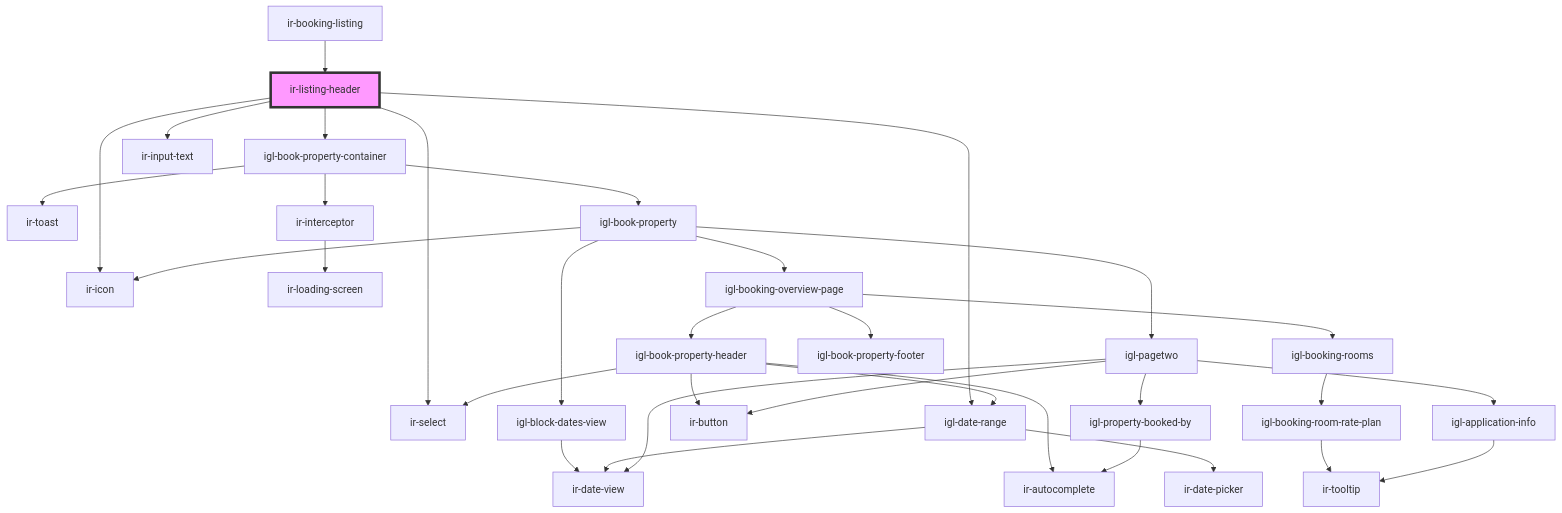
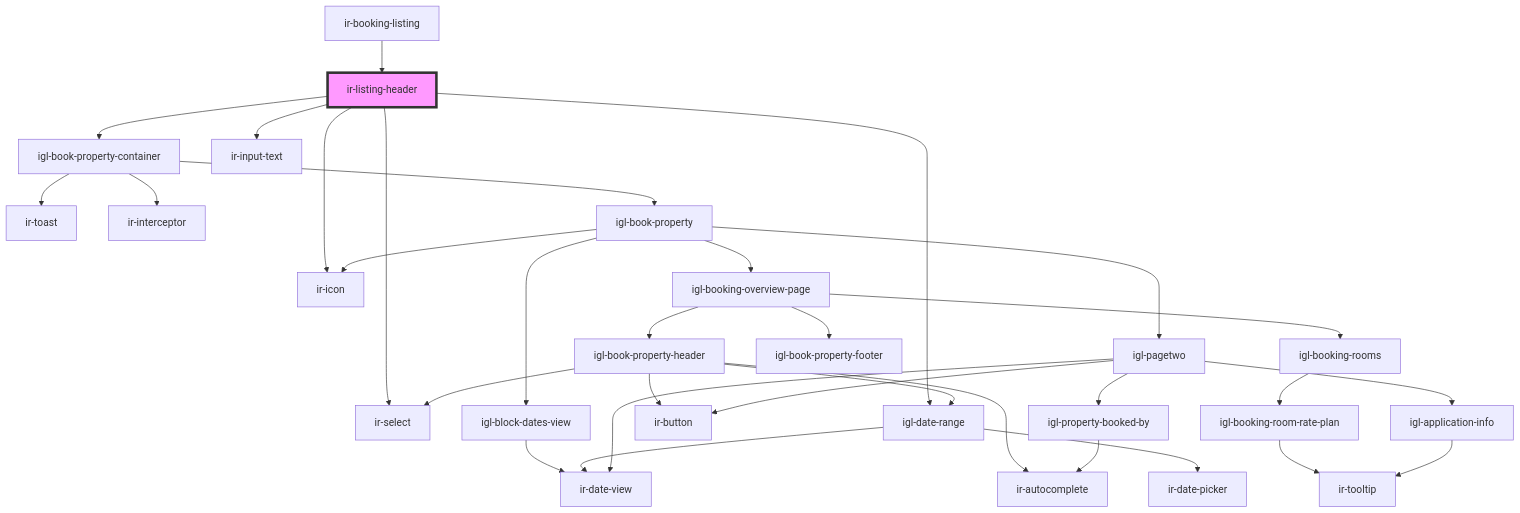
One commit to David1Chowaifaty/modified-ir-webcmp changed the diagram in src/components/ir-booking-listing/ir-listing-header/readme.md. Above: the diagram before and after it, drawn with Mermaid. The commit also changed 10 other files, not shown here.

````diff
--- a/src/components/ir-booking-listing/ir-listing-header/readme.md
+++ b/src/components/ir-booking-listing/ir-listing-header/readme.md
@@ -32,36 +32,35 @@
 ```mermaid
 graph TD;
   ir-listing-header --> igl-book-property-container
   ir-listing-header --> ir-input-text
   ir-listing-header --> ir-select
   ir-listing-header --> igl-date-range
   ir-listing-header --> ir-icon
   igl-book-property-container --> ir-toast
   igl-book-property-container --> ir-interceptor
   igl-book-property-container --> igl-book-property
-  ir-interceptor --> ir-loading-screen
   igl-book-property --> igl-block-dates-view
   igl-book-property --> ir-icon
   igl-book-property --> igl-booking-overview-page
   igl-book-property --> igl-pagetwo
   igl-block-dates-view --> ir-date-view
   igl-booking-overview-page --> igl-book-property-header
   igl-booking-overview-page --> igl-booking-rooms
   igl-booking-overview-page --> igl-book-property-footer
   igl-book-property-header --> ir-autocomplete
   igl-book-property-header --> ir-select
   igl-book-property-header --> ir-button
   igl-book-property-header --> igl-date-range
   igl-date-range --> ir-date-picker
   igl-date-range --> ir-date-view
   igl-booking-rooms --> igl-booking-room-rate-plan
   igl-booking-room-rate-plan --> ir-tooltip
   igl-pagetwo --> ir-date-view
   igl-pagetwo --> igl-application-info
   igl-pagetwo --> igl-property-booked-by
   igl-pagetwo --> ir-button
   igl-application-info --> ir-tooltip
   igl-property-booked-by --> ir-autocomplete
   ir-booking-listing --> ir-listing-header
   style ir-listing-header fill:#f9f,stroke:#333,stroke-width:4px
 ```
````
